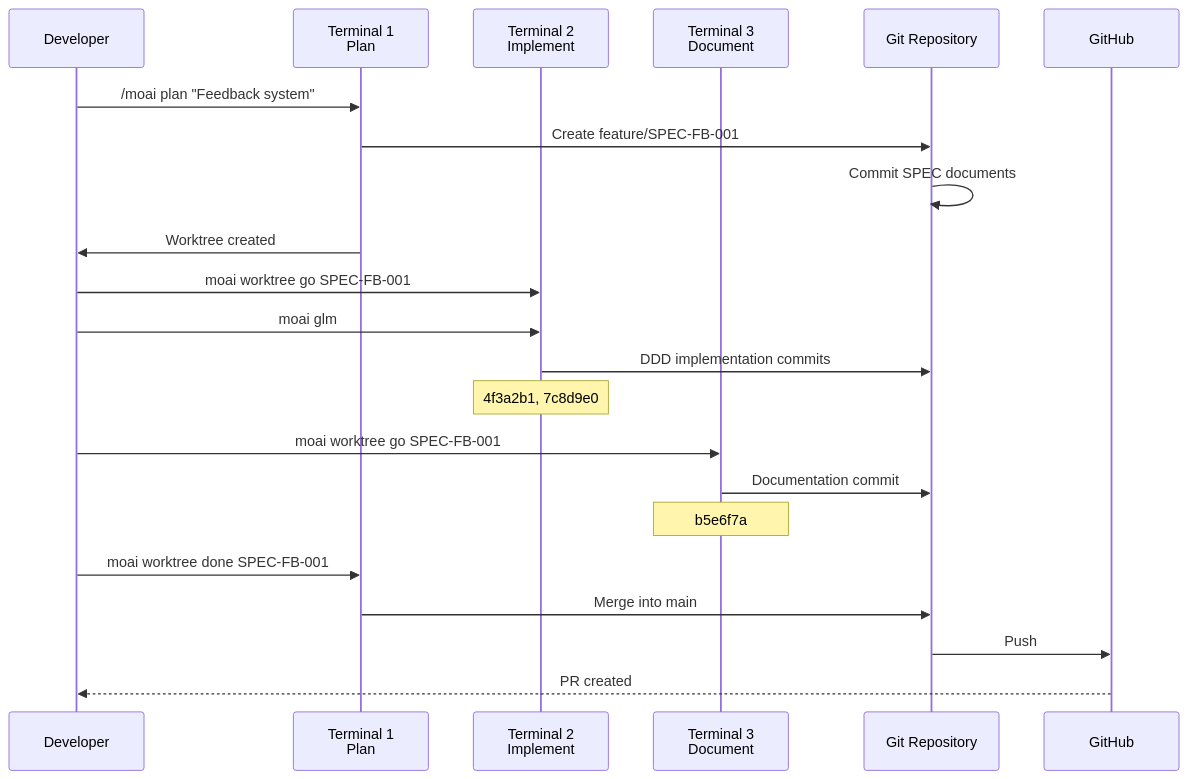
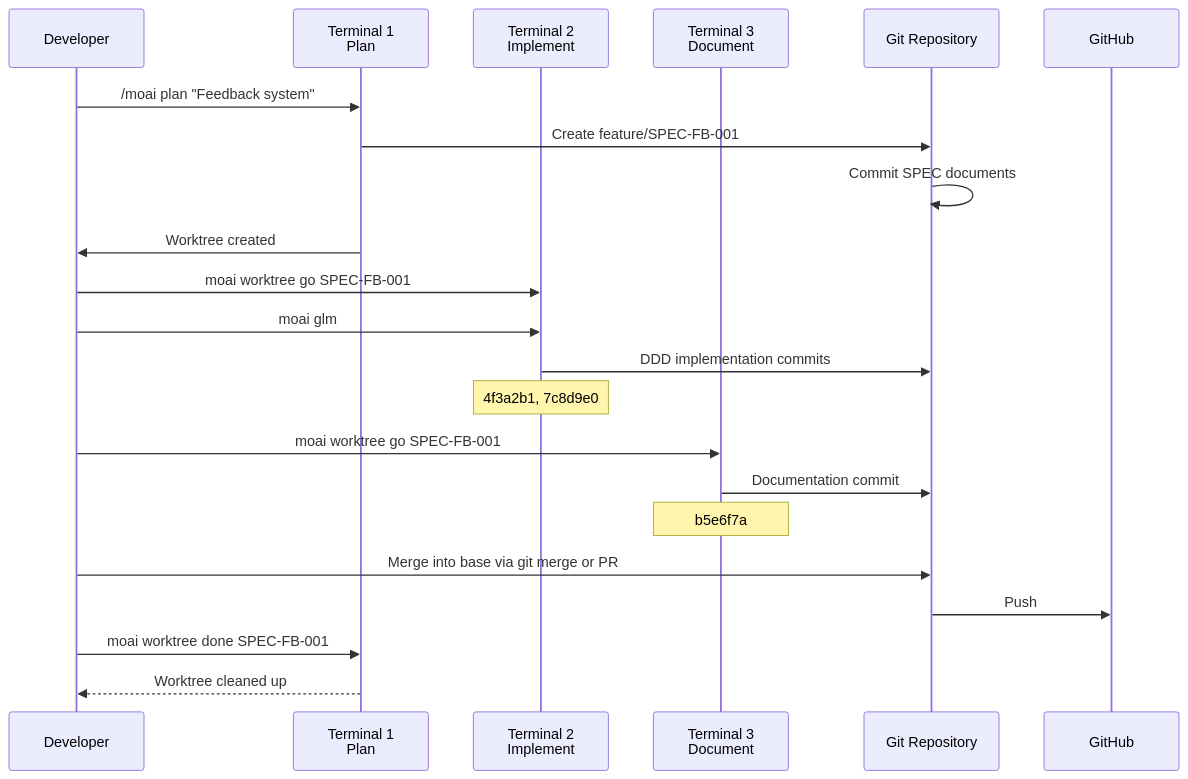
The fourth of 4 diagrams in mirrors/repos/modu-ai@moai-adk/docs-site/content/en/worktree/examples.md (gabrielmoreira/agent-skills-mirror), drawn with Mermaid before and after one commit. The commit also changed other lines of this file and 4482 other files, not shown here.

````diff
--- a/mirrors/repos/modu-ai@moai-adk/docs-site/content/en/worktree/examples.md
+++ b/mirrors/repos/modu-ai@moai-adk/docs-site/content/en/worktree/examples.md
@@ -491,28 +464,28 @@
 ```mermaid
 sequenceDiagram
     participant Dev as Developer
     participant T1 as Terminal 1<br/>Plan
     participant T2 as Terminal 2<br/>Implement
     participant T3 as Terminal 3<br/>Document
     participant Git as Git Repository
     participant Remote as GitHub
 
     Dev->>T1: /moai plan "Feedback system"
     T1->>Git: Create feature/SPEC-FB-001
     Git->>Git: Commit SPEC documents
     T1->>Dev: Worktree created
 
     Dev->>T2: moai worktree go SPEC-FB-001
     Dev->>T2: moai glm
     T2->>Git: DDD implementation commits
     Note over T2: 4f3a2b1, 7c8d9e0
 
     Dev->>T3: moai worktree go SPEC-FB-001
     T3->>Git: Documentation commit
     Note over T3: b5e6f7a
 
+    Dev->>Git: Merge into base via git merge or PR
+    Git->>Remote: Push
     Dev->>T1: moai worktree done SPEC-FB-001
-    T1->>Git: Merge into main
-    Git->>Remote: Push
-    Remote-->>Dev: PR created
+    T1-->>Dev: Worktree cleaned up
 ```
````
